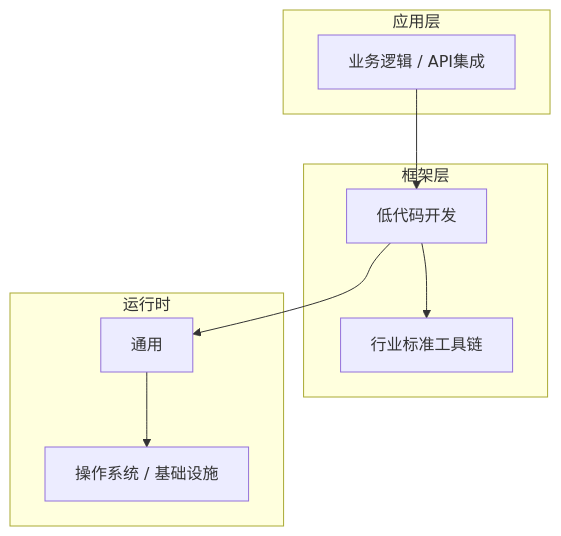
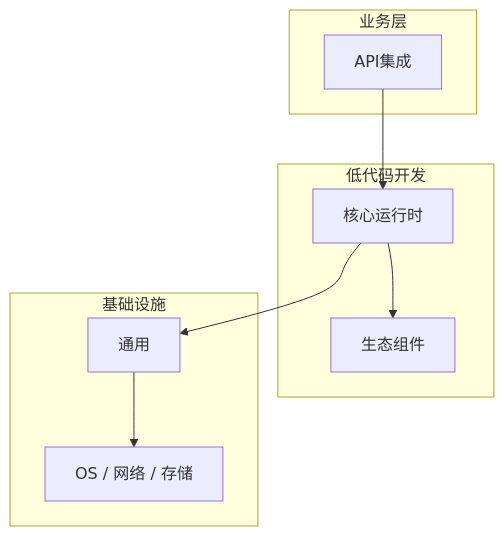
One commit to yanggan2015/knowledge-json-v2 changed the diagram in articles/低代码开发/chapters/026-API集成核心概念与原理.md. Above: the diagram before and after it, drawn with Mermaid. The commit also changed other lines of this file and 10127 other files, not shown here.

````diff
--- a/articles/低代码开发/chapters/026-API集成核心概念与原理.md
+++ b/articles/低代码开发/chapters/026-API集成核心概念与原理.md
@@ -45,18 +30,18 @@
 ```mermaid
 graph TB
-    subgraph 应用层
-        A[业务逻辑 / API集成]
+    subgraph 业务层
+        A[API集成]
     end
-    subgraph 框架层
-        B[低代码开发]
-        C[行业标准工具链]
+    subgraph 低代码开发
+        B[核心运行时]
+        C[生态组件]
     end
-    subgraph 运行时
+    subgraph 基础设施
         D[通用]
-        E[操作系统 / 基础设施]
+        E[OS / 网络 / 存储]
     end
     A --> B
     B --> C
     B --> D
     D --> E
 ```
````
